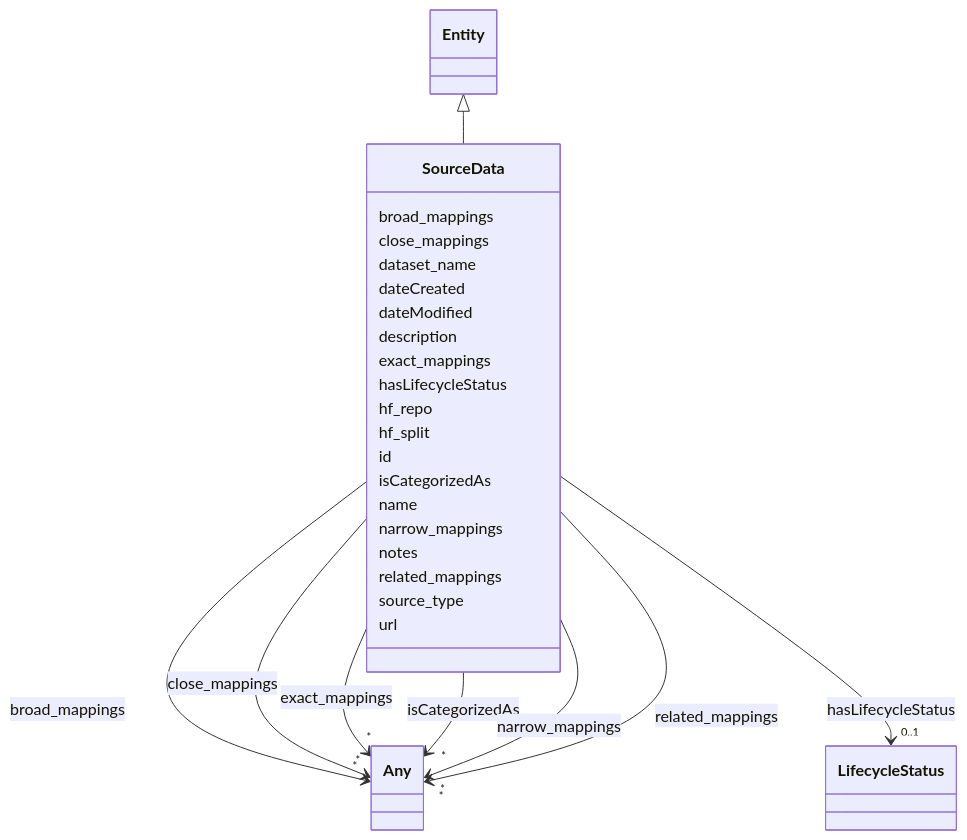
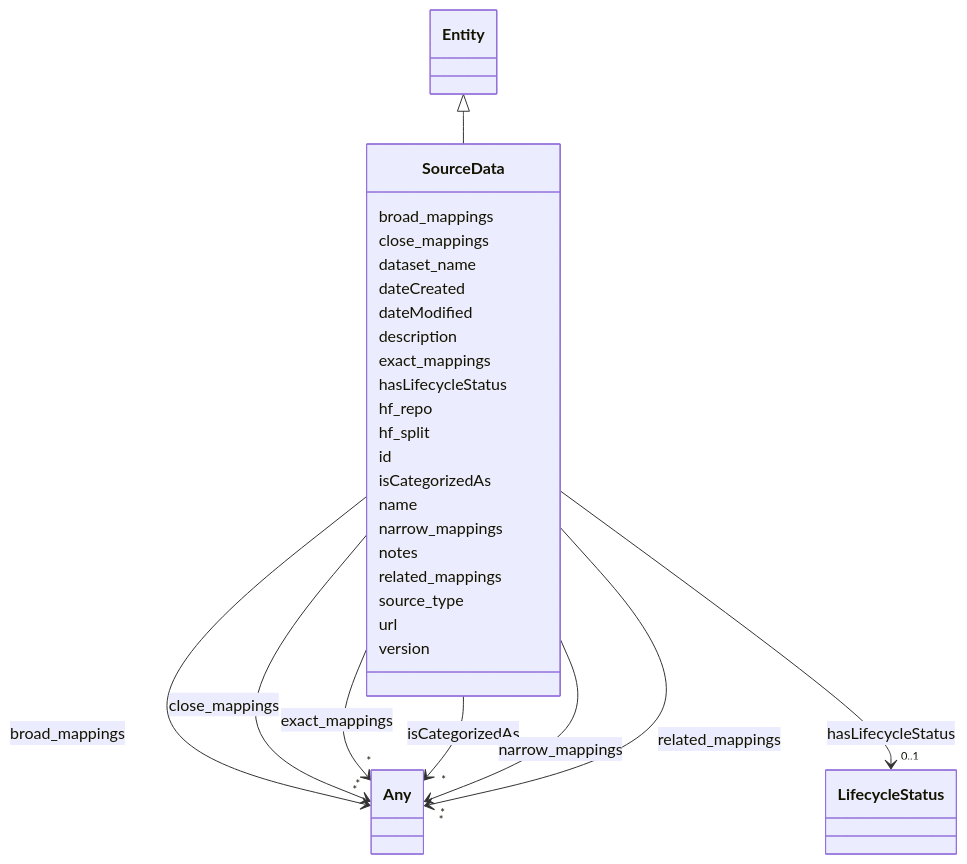
One commit to IBM/ai-atlas-nexus changed the diagram in docs/ontology/SourceData.md. Above: the diagram before and after it, drawn with Mermaid. The commit also changed other lines of this file and 101 other files, not shown here.

````diff
--- a/docs/ontology/SourceData.md
+++ b/docs/ontology/SourceData.md
@@ -117,5 +117,7 @@
 
       SourceData : url
 
+      SourceData : version
+
 
 ```
````
